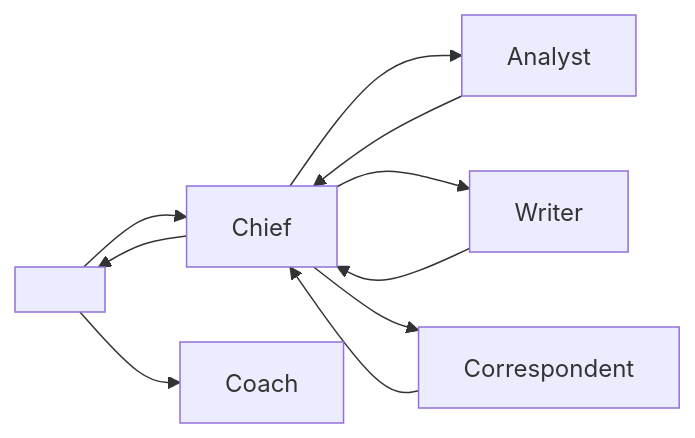
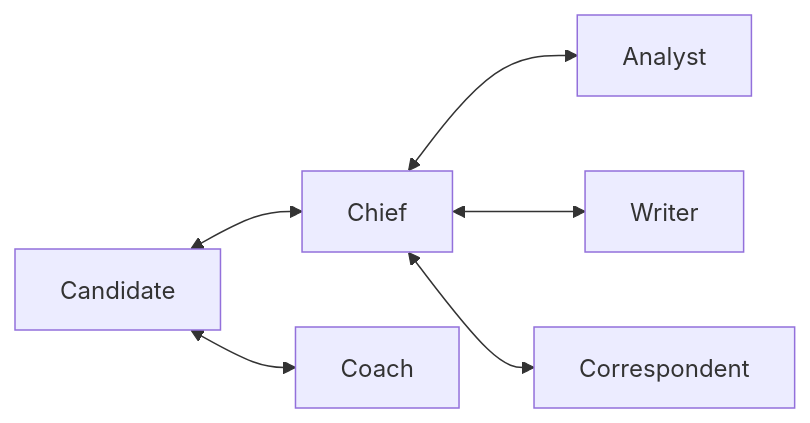
Before and after one commit to arielecamara/agent-skills-hub: the diagram in job-search-agent-team/README.md, drawn with Mermaid.

Commit message:
Simplify the hand-off diagram (#3)
Label the candidate node in plain text so GitHub does not strip it, and use one bidirectional edge per relationship.

````diff
--- a/job-search-agent-team/README.md
+++ b/job-search-agent-team/README.md
@@ -40,12 +40,8 @@
 ```mermaid
 flowchart LR
-  C["<candidate>"] --> Chief
-  C --> Coach
-  Chief --> Analyst
-  Chief --> Writer
-  Chief --> Correspondent
-  Analyst --> Chief
-  Writer --> Chief
-  Correspondent --> Chief
-  Chief --> C
+  Candidate <--> Chief
+  Candidate <--> Coach
+  Chief <--> Analyst
+  Chief <--> Writer
+  Chief <--> Correspondent
 ```
````
